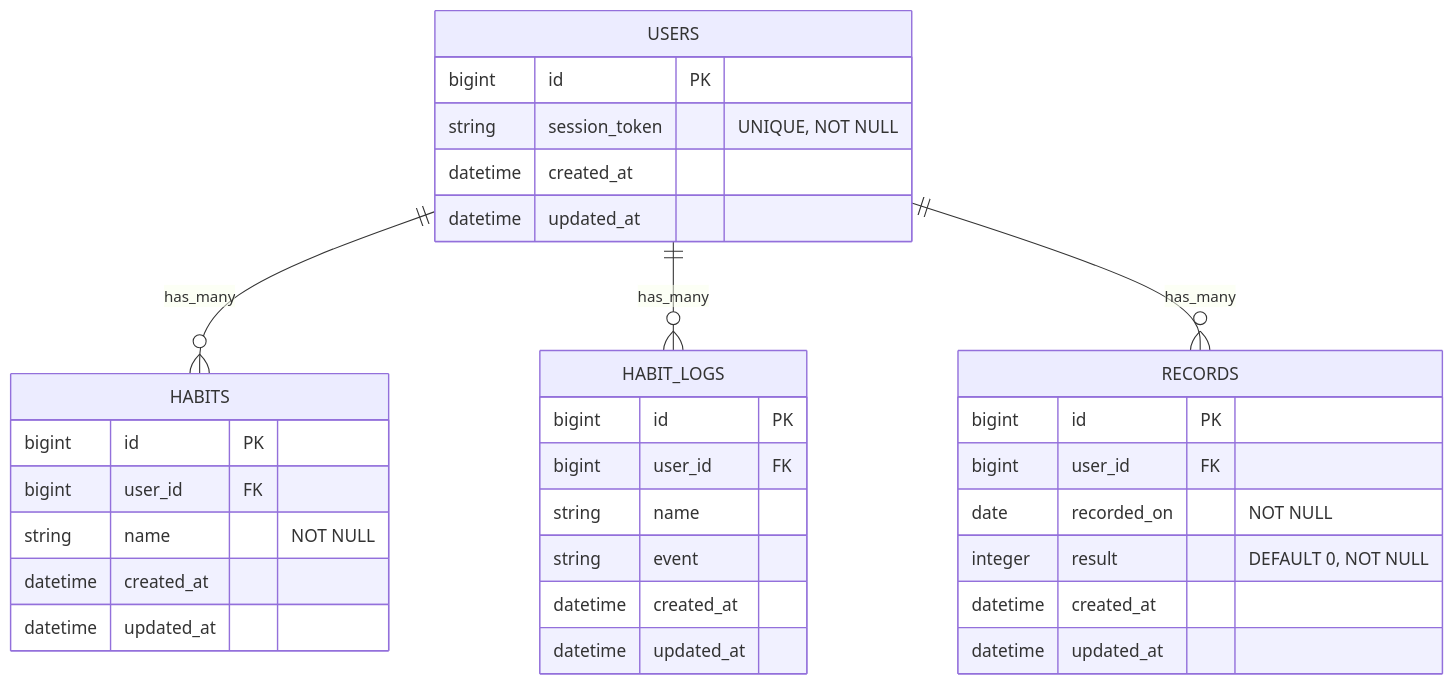
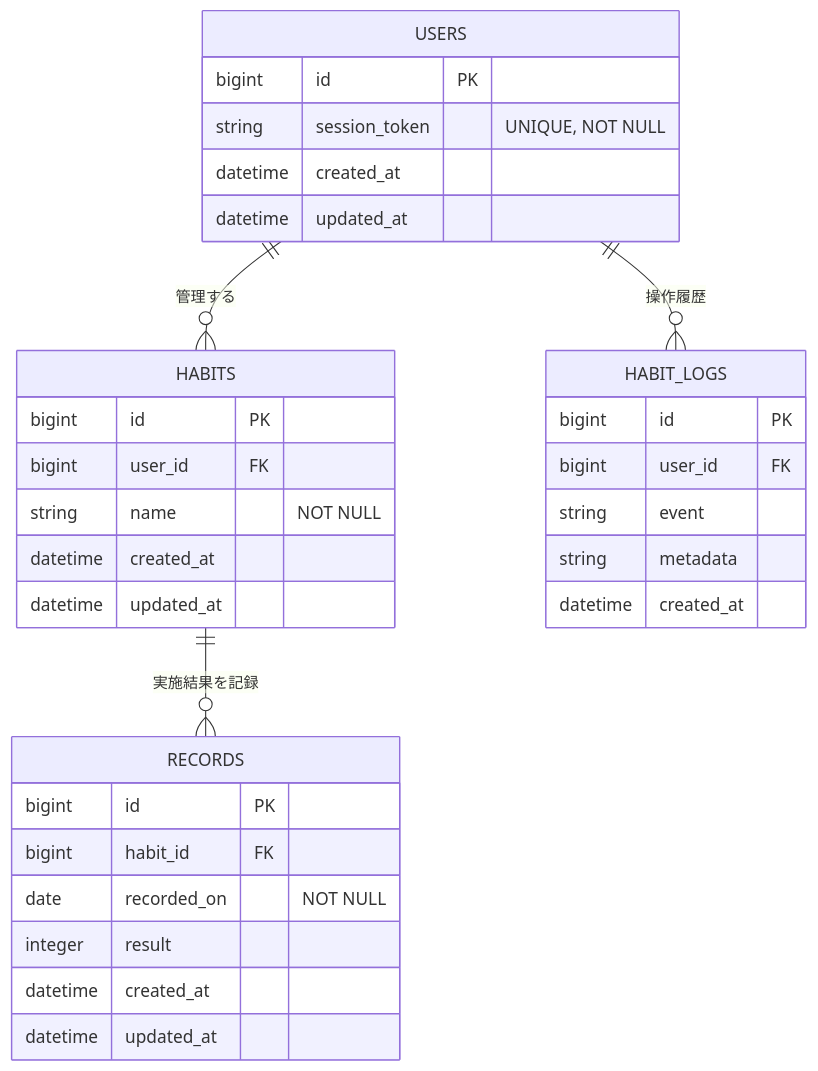
Before and after one commit to Satou20250828/Step-Log: the diagram in README.md, drawn with Mermaid.

Commit message:
ER図を追加

````diff
--- a/README.md
+++ b/README.md
@@ -199,40 +199,40 @@
 ```mermaid
+
 erDiagram
+  USERS ||--o{ HABITS : "管理する"
+  USERS ||--o{ HABIT_LOGS : "操作履歴"
+  HABITS ||--o{ RECORDS : "実施結果を記録"
+
   USERS {
     bigint id PK
     string session_token "UNIQUE, NOT NULL"
     datetime created_at
     datetime updated_at
   }
 
   HABITS {
     bigint id PK
     bigint user_id FK
     string name "NOT NULL"
     datetime created_at
     datetime updated_at
   }
 
   HABIT_LOGS {
     bigint id PK
     bigint user_id FK
-    string name
     string event
+    string metadata
+    datetime created_at
+  }
+
+  RECORDS {
+    bigint id PK
+    bigint habit_id FK
+    date recorded_on "NOT NULL"
+    integer result
     datetime created_at
     datetime updated_at
   }
 
-  RECORDS {
-    bigint id PK
-    bigint user_id FK
-    date recorded_on "NOT NULL"
-    integer result "DEFAULT 0, NOT NULL"
-    datetime created_at
-    datetime updated_at
-  }
-
-  USERS ||--o{ HABITS : has_many
-  USERS ||--o{ HABIT_LOGS : has_many
-  USERS ||--o{ RECORDS : has_many
-
 ```
````
